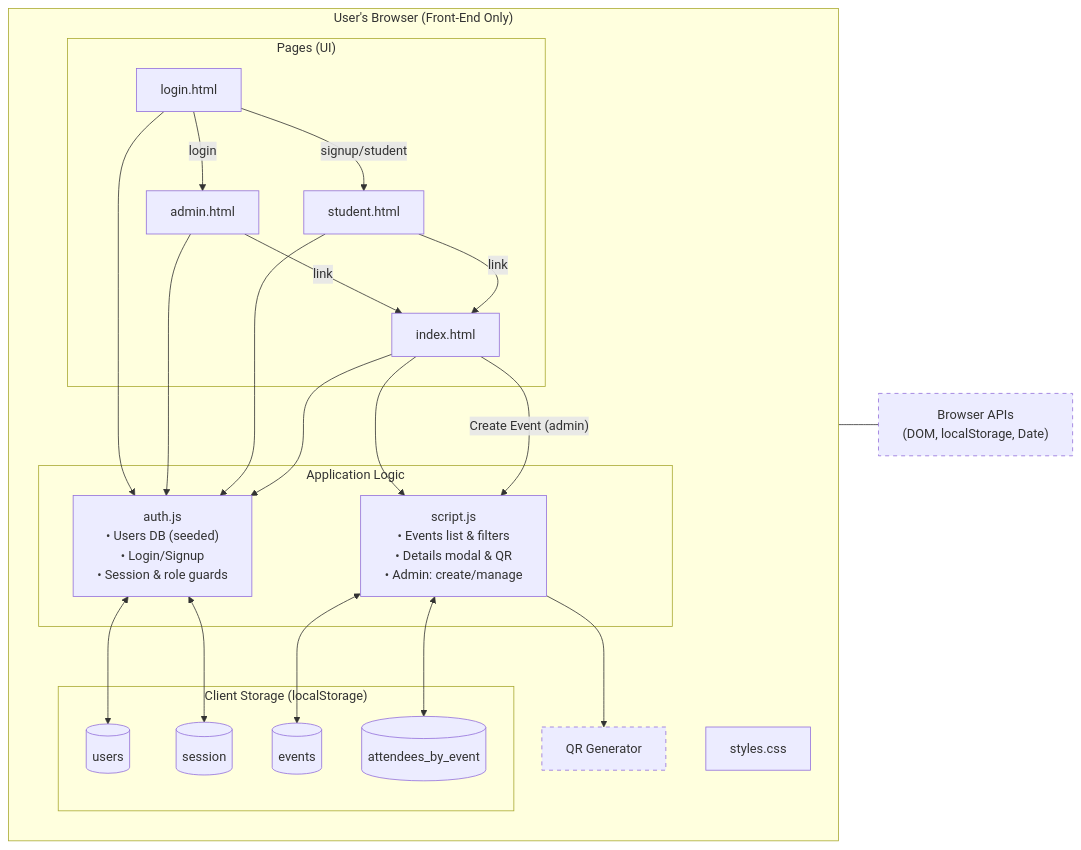
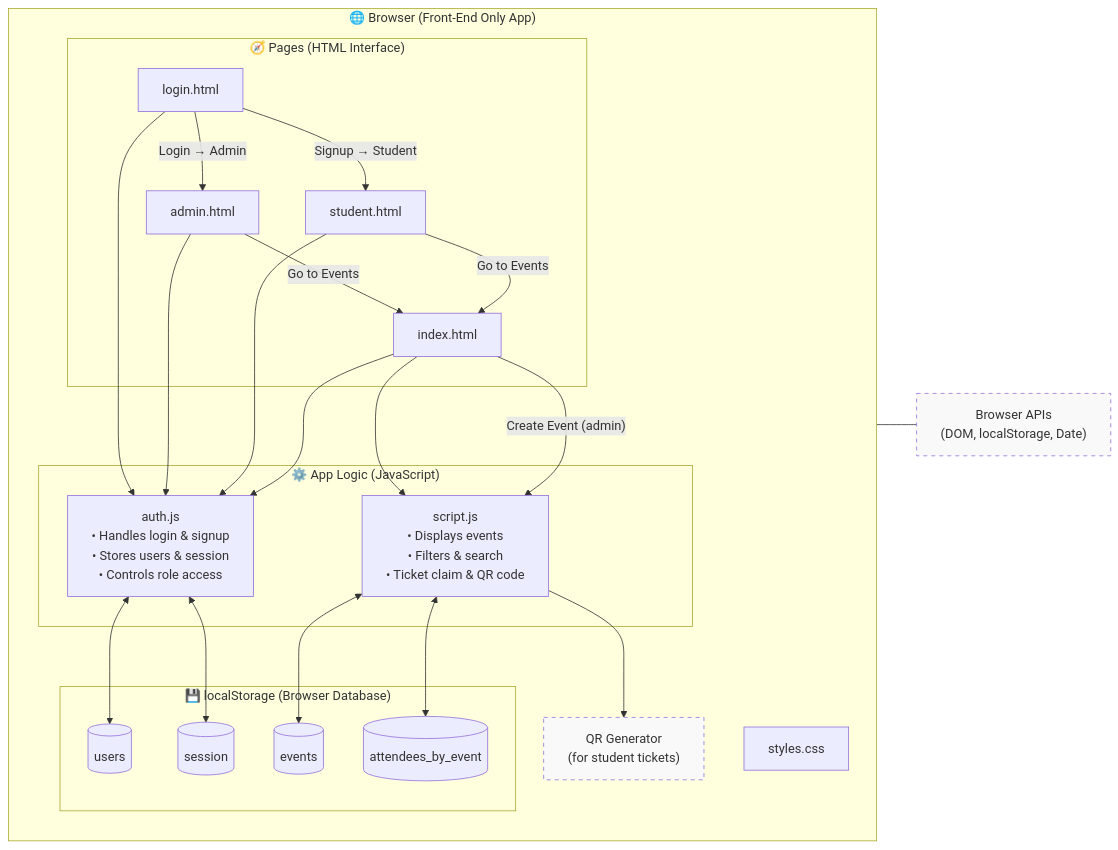
The diagram in system-block.mmd (MarcElHaddad1/SOEN-341), drawn with Mermaid before and after one commit. The commit also changed other lines of this file, not shown here.

```diff
--- a/system-block.mmd
+++ b/system-block.mmd
@@ -1,55 +1,61 @@
 flowchart LR
-  subgraph Browser["User's Browser (Front-End Only)"]
-    subgraph Pages["Pages (UI)"]
+  %% ========== MAIN APP ==========
+  subgraph Browser["🌐 Browser (Front-End Only App)"]
+    
+    %% Pages Layer
+    subgraph Pages["🧭 Pages (HTML Interface)"]
       L[login.html]
       A[admin.html]
       S[student.html]
       I[index.html]
     end
 
-    subgraph Logic["Application Logic"]
-      SCR["script.js\n• Events list & filters\n• Details modal & QR\n• Admin: create/manage"]
-      AUTH["auth.js\n• Users DB (seeded)\n• Login/Signup\n• Session & role guards"]
+    %% Logic Layer
+    subgraph Logic["⚙️ App Logic (JavaScript)"]
+      AUTH["auth.js\n• Handles login & signup\n• Stores users & session\n• Controls role access"]
+      SCR["script.js\n• Displays events\n• Filters & search\n• Ticket claim & QR code"]
     end
 
-    subgraph Data["Client Storage (localStorage)"]
-      U[(users)]
-      SES[(session)]
-      E[(events)]
-      AT[(attendees_by_event)]
+    %% Data Layer
+    subgraph Data["💾 localStorage (Browser Database)"]
+      USERS[(users)]
+      SESSION[(session)]
+      EVENTS[(events)]
+      ATTENDEES[(attendees_by_event)]
     end
 
+    %% Styling
     STY[styles.css]
 
-    %% page-to-logic
+    %% Page connections
     L --> AUTH
     A --> AUTH
     S --> AUTH
     I --> AUTH
     I --> SCR
 
-    %% logic-to-data
-    AUTH <--> U
-    AUTH <--> SES
-    SCR  <--> E
-    SCR  <--> AT
+    %% Logic <-> Data
+    AUTH <--> USERS
+    AUTH <--> SESSION
+    SCR  <--> EVENTS
+    SCR  <--> ATTENDEES
 
-    %% navigation
-    L -- login --> A
-    L -- signup/student --> S
-    A -- link --> I
-    S -- link --> I
+    %% Navigation flow
+    L -- "Login → Admin" --> A
+    L -- "Signup → Student" --> S
+    A -- "Go to Events" --> I
+    S -- "Go to Events" --> I
 
-    %% admin-only
+    %% Admin-only function
     I -- "Create Event (admin)" --> SCR
 
-    %% utilities
-    QR["QR Generator"]:::util
+    %% Utility
+    QR["QR Generator\n(for student tickets)"]:::util
     SCR --> QR
 
-    classDef util stroke-dasharray:5 5;
+    classDef util stroke-dasharray:5 5, fill:#f9f9f9;
   end
 
-  %% External
+  %% External dependencies
   BAPI["Browser APIs\n(DOM, localStorage, Date)"]:::util
   Browser --- BAPI
```
